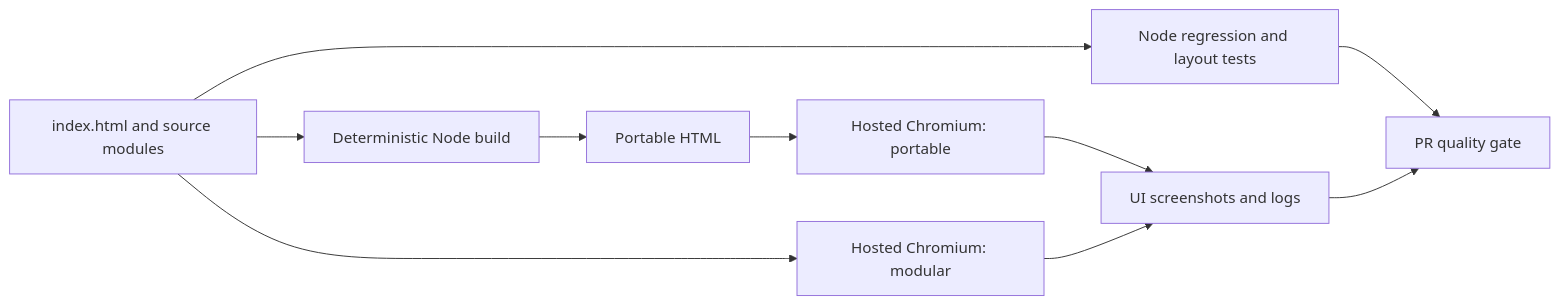
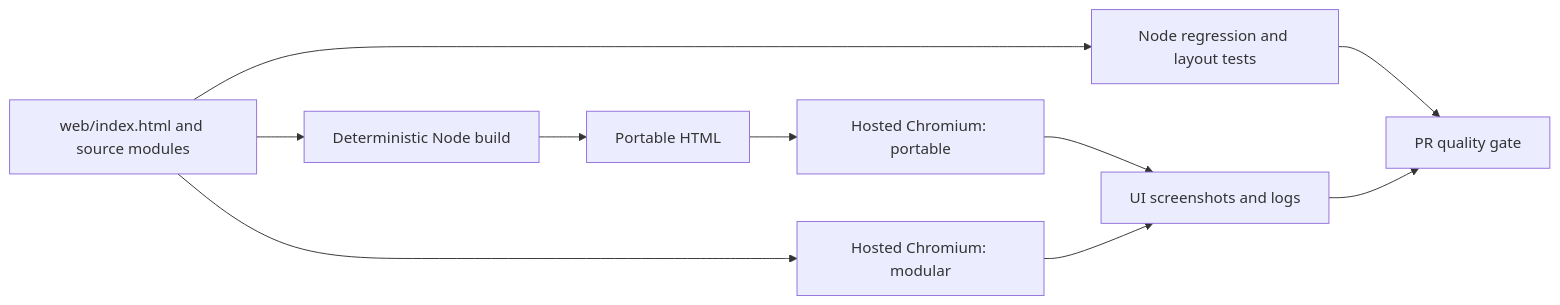
Before and after one commit to DanoV1m/SignalLab: the fourth of 4 diagrams in docs/architecture/README.md, drawn with Mermaid. The commit also changed other lines of this file and 11 other files, not shown here.

Commit message:
Group HTML entry points under web and align build, browser checks and docs

````diff
--- a/docs/architecture/README.md
+++ b/docs/architecture/README.md
@@ -83,12 +83,12 @@
 ```mermaid
 flowchart LR
-    A[index.html and source modules] --> B[Deterministic Node build]
+    A[web/index.html and source modules] --> B[Deterministic Node build]
     B --> C[Portable HTML]
     A --> D[Node regression and layout tests]
     C --> E[Hosted Chromium: portable]
     A --> F[Hosted Chromium: modular]
     E --> G[UI screenshots and logs]
     F --> G
     D --> H[PR quality gate]
     G --> H
 ```
````
